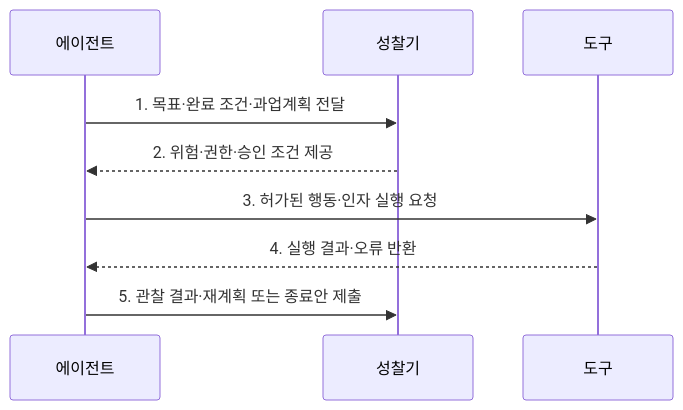
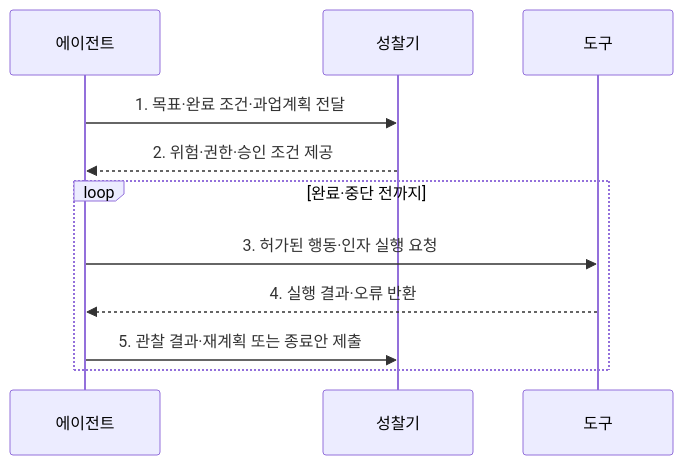
The second of 2 diagrams in src/content/docs/notes/08-latest-tech/002_agentic_ai.md (agnusdei1207/knowledge-base), drawn with Mermaid before and after one commit. The commit also changed other lines of this file and 225 other files, not shown here.

````diff
--- a/src/content/docs/notes/08-latest-tech/002_agentic_ai.md
+++ b/src/content/docs/notes/08-latest-tech/002_agentic_ai.md
@@ -79,11 +79,13 @@
 ```mermaid
 sequenceDiagram
     participant A as 에이전트
     participant R as 성찰기
     participant T as 도구
     A->>R: 1. 목표·완료 조건·과업계획 전달
     R-->>A: 2. 위험·권한·승인 조건 제공
-    A->>T: 3. 허가된 행동·인자 실행 요청
-    T-->>A: 4. 실행 결과·오류 반환
-    A->>R: 5. 관찰 결과·재계획 또는 종료안 제출
+    loop 완료·중단 전까지
+        A->>T: 3. 허가된 행동·인자 실행 요청
+        T-->>A: 4. 실행 결과·오류 반환
+        A->>R: 5. 관찰 결과·재계획 또는 종료안 제출
+    end
 ```
````
